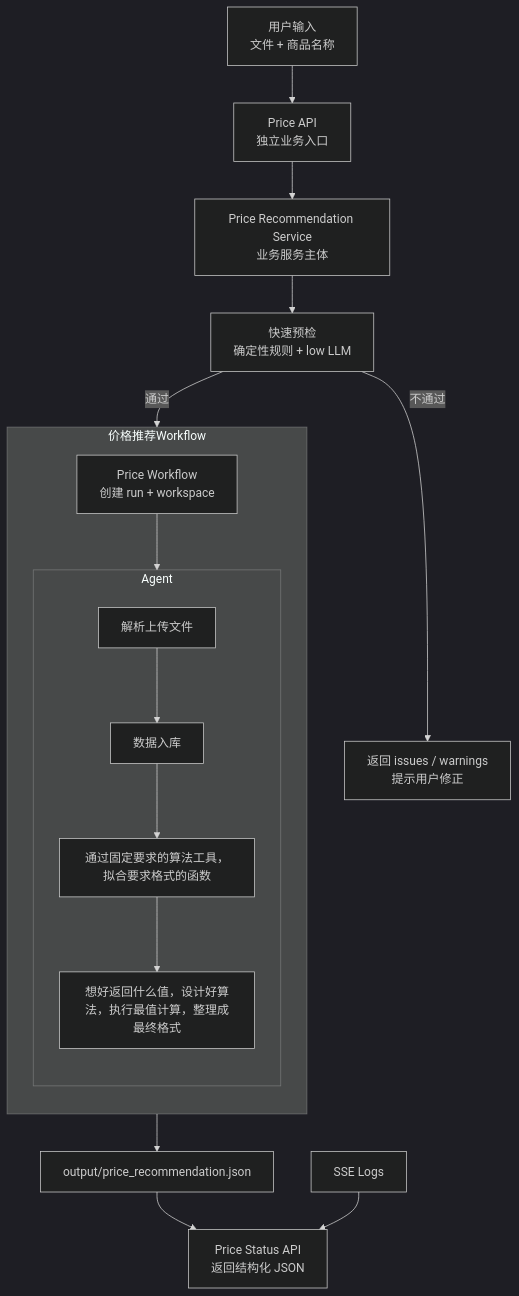
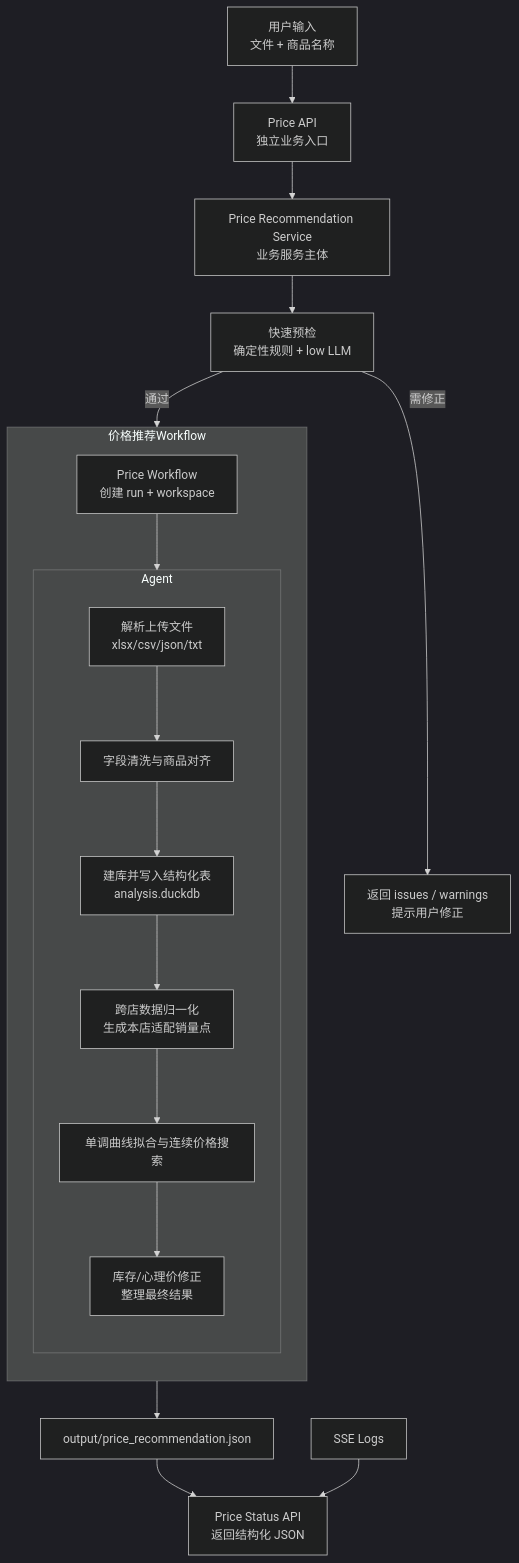
One commit to FuLuTang/AI-Store-Analysis-System changed the diagram in docs/最优价格/架构设计.md. Above: the diagram before and after it, drawn with Mermaid (dark theme). The commit also changed other lines of this file, not shown here.

````diff
--- a/docs/最优价格/架构设计.md
+++ b/docs/最优价格/架构设计.md
@@ -5,24 +5,28 @@
 ```mermaid
 graph TD
     A[用户输入<br/>文件 + 商品名称] --> B[Price API<br/>独立业务入口]
     B --> C[Price Recommendation Service<br/>业务服务主体]
     C --> D[快速预检<br/>确定性规则 + low LLM]
 
-    D -->|不通过| E[返回 issues / warnings<br/>提示用户修正]
+    D -->|需修正| E[返回 issues / warnings<br/>提示用户修正]
     D -->|通过| F[Price Workflow<br/>创建 run + workspace]
 
     subgraph 价格推荐Workflow
         direction TB
         F --> K
         subgraph K[Agent]
           direction TB
-          X[解析上传文件] --> Y[数据入库]
-          Y-->Z[通过固定要求的算法工具，拟合要求格式的函数]
-          Z-->W[想好返回什么值，设计好算法，执行最值计算，整理成最终格式]
+          X[解析上传文件<br/>xlsx/csv/json/txt]
+          Y[字段清洗与商品对齐]
+          Z[建库并写入结构化表<br/>analysis.duckdb]
+          W[跨店数据归一化<br/>生成本店适配销量点]
+          V[单调曲线拟合与连续价格搜索]
+          U[库存/心理价修正<br/>整理最终结果]
+          X --> Y --> Z --> W --> V --> U
         end
     end
 
     K --> L[output/price_recommendation.json]
     L --> N[Price Status API<br/>返回结构化 JSON]
     P[SSE Logs] --> N
 ```
````
